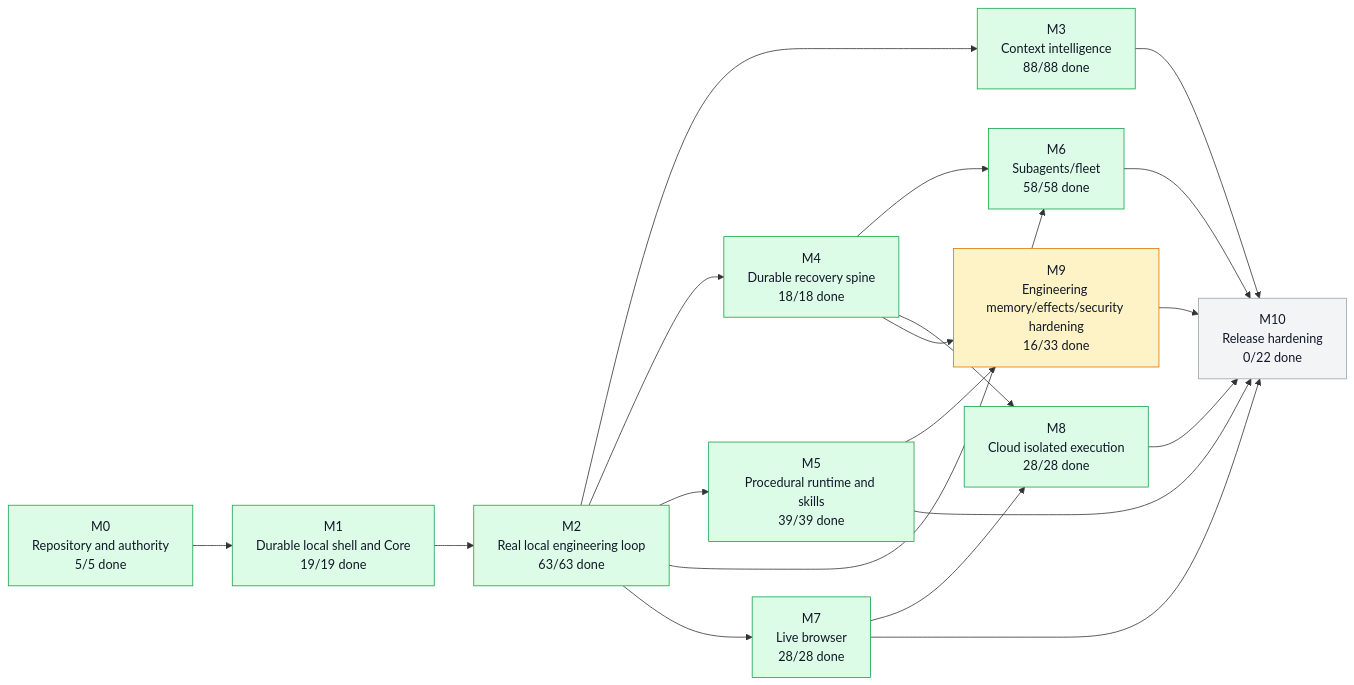
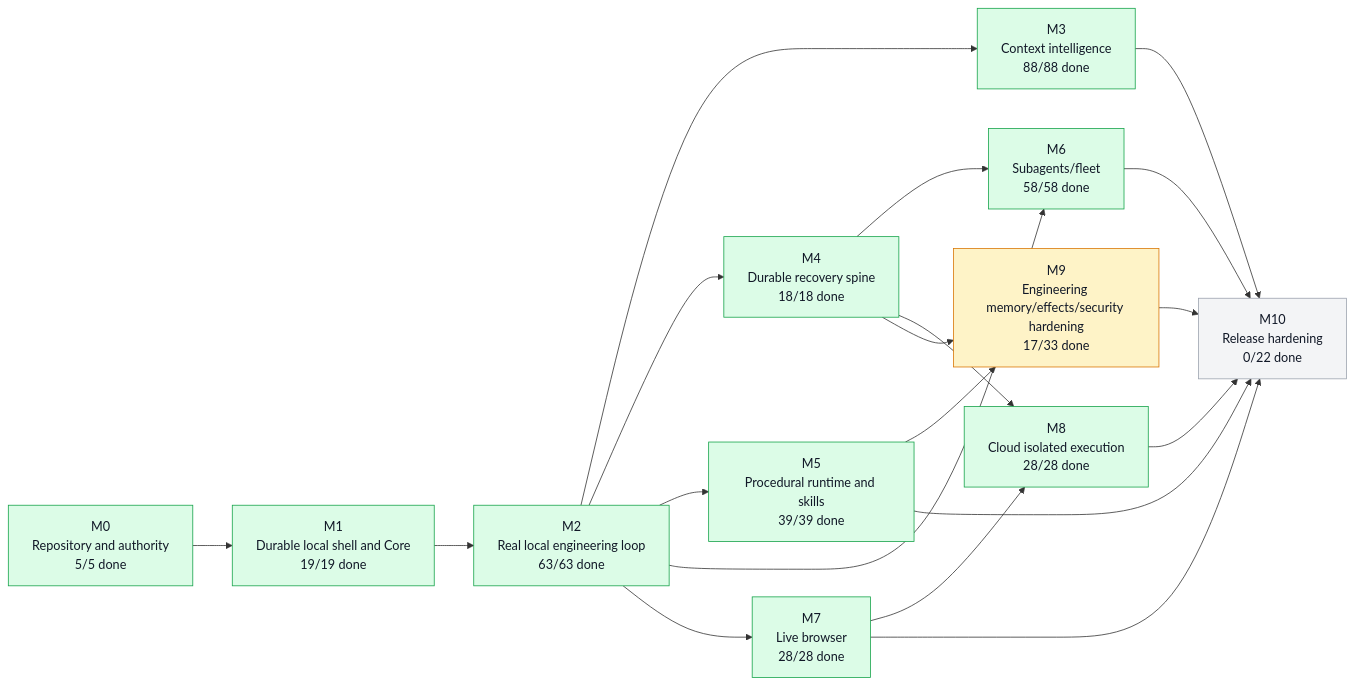
The first of 5 diagrams in graph/PROJECT_GRAPH.md (moss101/modbit), drawn with Mermaid before and after one commit. The commit also changed other lines of this file and 5 other files, not shown here.

````diff
--- a/graph/PROJECT_GRAPH.md
+++ b/graph/PROJECT_GRAPH.md
@@ -57,43 +57,43 @@
 ```mermaid
 flowchart LR
   M0["M0<br/>Repository and authority<br/>5/5 done"]
   M1["M1<br/>Durable local shell and Core<br/>19/19 done"]
   M2["M2<br/>Real local engineering loop<br/>63/63 done"]
   M3["M3<br/>Context intelligence<br/>88/88 done"]
   M4["M4<br/>Durable recovery spine<br/>18/18 done"]
   M5["M5<br/>Procedural runtime and skills<br/>39/39 done"]
   M6["M6<br/>Subagents/fleet<br/>58/58 done"]
   M7["M7<br/>Live browser<br/>28/28 done"]
   M8["M8<br/>Cloud isolated execution<br/>28/28 done"]
-  M9["M9<br/>Engineering memory/effects/security hardening<br/>16/33 done"]
+  M9["M9<br/>Engineering memory/effects/security hardening<br/>17/33 done"]
   M10["M10<br/>Release hardening<br/>0/22 done"]
   M0 --> M1
   M1 --> M2
   M2 --> M3
   M2 --> M4
   M2 --> M5
   M2 --> M6
   M4 --> M6
   M2 --> M7
   M4 --> M8
   M7 --> M8
   M4 --> M9
   M5 --> M9
   M3 --> M10
   M5 --> M10
   M6 --> M10
   M7 --> M10
   M8 --> M10
   M9 --> M10
   style M0 fill:#dcfce7,stroke:#16a34a,color:#111827
   style M1 fill:#dcfce7,stroke:#16a34a,color:#111827
   style M2 fill:#dcfce7,stroke:#16a34a,color:#111827
   style M3 fill:#dcfce7,stroke:#16a34a,color:#111827
   style M4 fill:#dcfce7,stroke:#16a34a,color:#111827
   style M5 fill:#dcfce7,stroke:#16a34a,color:#111827
   style M6 fill:#dcfce7,stroke:#16a34a,color:#111827
   style M7 fill:#dcfce7,stroke:#16a34a,color:#111827
   style M8 fill:#dcfce7,stroke:#16a34a,color:#111827
   style M9 fill:#fef3c7,stroke:#d97706,color:#111827
   style M10 fill:#f3f4f6,stroke:#9ca3af,color:#111827
 ```
````
